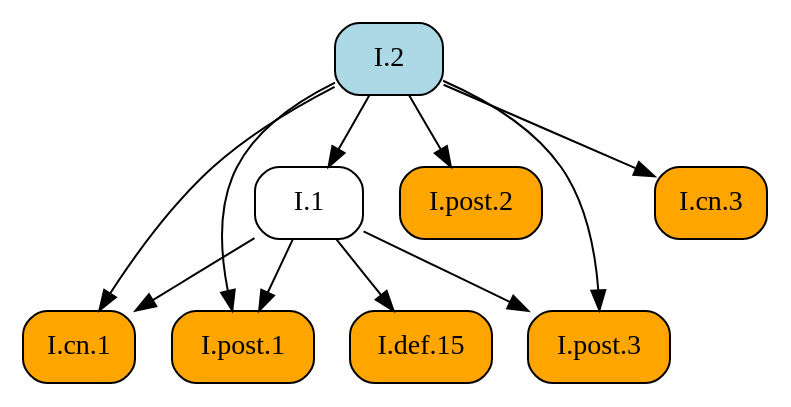
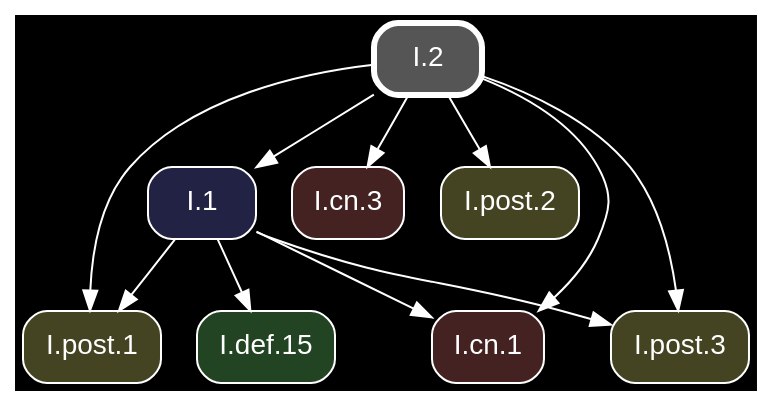
The diagram in docsrc/heath/I/2/index.rst (geometor/elements), drawn with Graphviz before and after one commit. The commit also changed other lines of this file and 1200 other files, not shown here.

Commit message:
update dependency graphs

```diff
--- a/docsrc/heath/I/2/index.rst
+++ b/docsrc/heath/I/2/index.rst
@@ -89,24 +89,26 @@
 .. graphviz::
 
    digraph {
+     bgcolor="black";
+     node [shape=box, style="rounded,filled", fontname="Helvetica", color="white", fontcolor="white"];
+     edge [color="white", fontcolor="white"];
      rankdir="TB";
-     node [shape=box, style=rounded];
-     "I.cn.1" [style="rounded,filled", fillcolor=orange, URL="/heath/I/cn.1/", target="_top"];
-     "I.1" [URL="/heath/I/1/", target="_top"];
-     "I.post.2" [style="rounded,filled", fillcolor=orange, URL="/heath/I/post.2/", target="_top"];
-     "I.post.1" [style="rounded,filled", fillcolor=orange, URL="/heath/I/post.1/", target="_top"];
-     "I.post.3" [style="rounded,filled", fillcolor=orange, URL="/heath/I/post.3/", target="_top"];
-     "I.2" [style="rounded,filled", fillcolor=lightblue, URL="/heath/I/2/", target="_top"];
-     "I.def.15" [style="rounded,filled", fillcolor=orange, URL="/heath/I/def.15/", target="_top"];
-     "I.cn.3" [style="rounded,filled", fillcolor=orange, URL="/heath/I/cn.3/", target="_top"];
+     "I.1" [fillcolor="#222244", URL="/heath/I/1/", target="_top"];
+     "I.cn.3" [fillcolor="#442222", URL="/heath/I/cn.3/", target="_top"];
+     "I.post.2" [fillcolor="#444422", URL="/heath/I/post.2/", target="_top"];
+     "I.def.15" [fillcolor="#224422", URL="/heath/I/def.15/", target="_top"];
+     "I.post.1" [fillcolor="#444422", URL="/heath/I/post.1/", target="_top"];
+     "I.cn.1" [fillcolor="#442222", URL="/heath/I/cn.1/", target="_top"];
+     "I.2" [penwidth=3, color="white", fillcolor="#555555", URL="/heath/I/2/", target="_top"];
+     "I.post.3" [fillcolor="#444422", URL="/heath/I/post.3/", target="_top"];
+     "I.2" -> "I.1";
+     "I.2" -> "I.cn.3";
+     "I.2" -> "I.post.2";
+     "I.1" -> "I.def.15";
+     "I.1" -> "I.post.1";
+     "I.2" -> "I.post.1";
      "I.1" -> "I.cn.1";
      "I.2" -> "I.cn.1";
-     "I.2" -> "I.1";
-     "I.2" -> "I.post.2";
-     "I.1" -> "I.post.1";
-     "I.2" -> "I.post.1";
      "I.1" -> "I.post.3";
      "I.2" -> "I.post.3";
-     "I.1" -> "I.def.15";
-     "I.2" -> "I.cn.3";
    }
```
